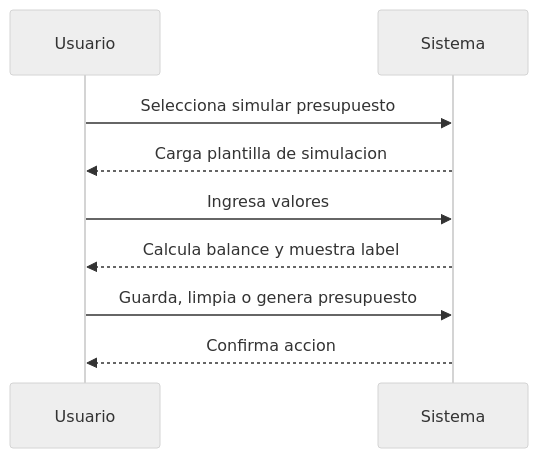
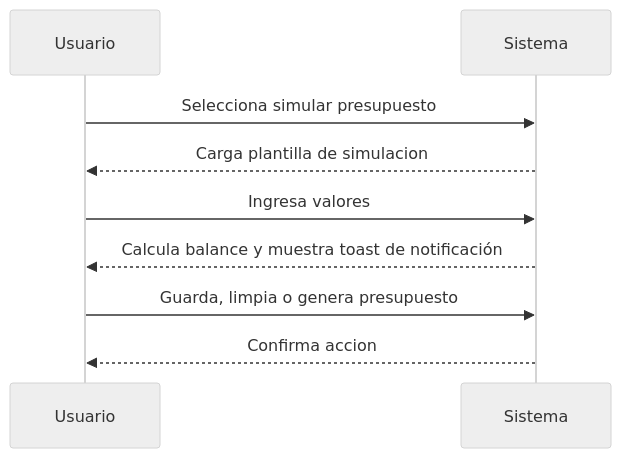
Before and after one commit to lerna-admin/BudgetApp: the fourth of 7 diagrams in documentation/documents/casos_de_uso/RF02_presupuesto/UC.md, drawn with Mermaid (neutral theme). The commit also changed other lines of this file and 7 other files, not shown here.

````diff
--- a/documentation/documents/casos_de_uso/RF02_presupuesto/UC.md
+++ b/documentation/documents/casos_de_uso/RF02_presupuesto/UC.md
@@ -570,11 +573,11 @@
 ```mermaid
 sequenceDiagram
     participant Usuario
     participant Sistema
     Usuario->>Sistema: Selecciona simular presupuesto
     Sistema-->>Usuario: Carga plantilla de simulacion
     Usuario->>Sistema: Ingresa valores
-    Sistema-->>Usuario: Calcula balance y muestra label
+    Sistema-->>Usuario: Calcula balance y muestra toast de notificación
     Usuario->>Sistema: Guarda, limpia o genera presupuesto
     Sistema-->>Usuario: Confirma accion
 ```
````
